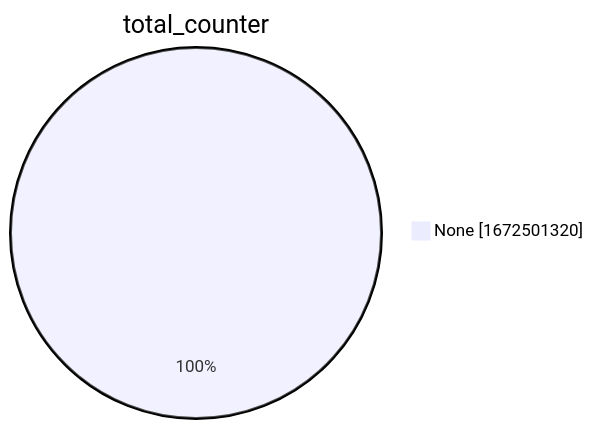
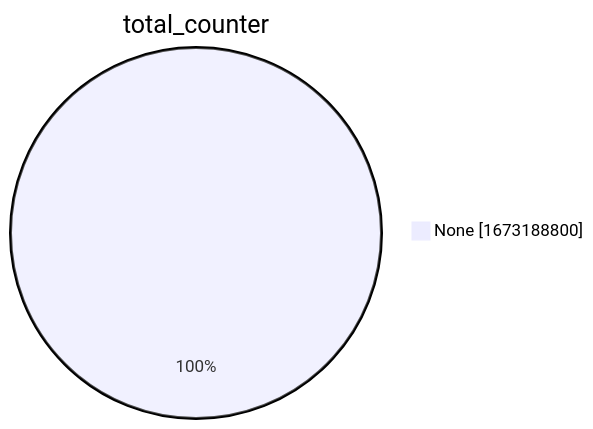
The second of 15 diagrams in xenon2022/README.md (christiankrug/ctmonitor_visualization), drawn with Mermaid before and after one commit. The commit also changed other lines of this file, not shown here.

````diff
--- a/xenon2022/README.md
+++ b/xenon2022/README.md
@@ -9,5 +9,5 @@
 ```mermaid
 pie showData
 title total_counter
-"None" :1672501320
+"None" :1673188800
 ```
````
